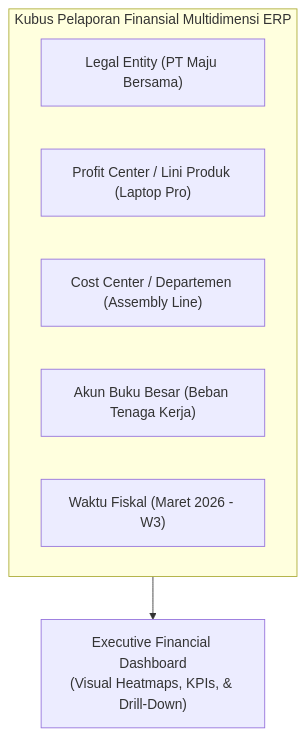
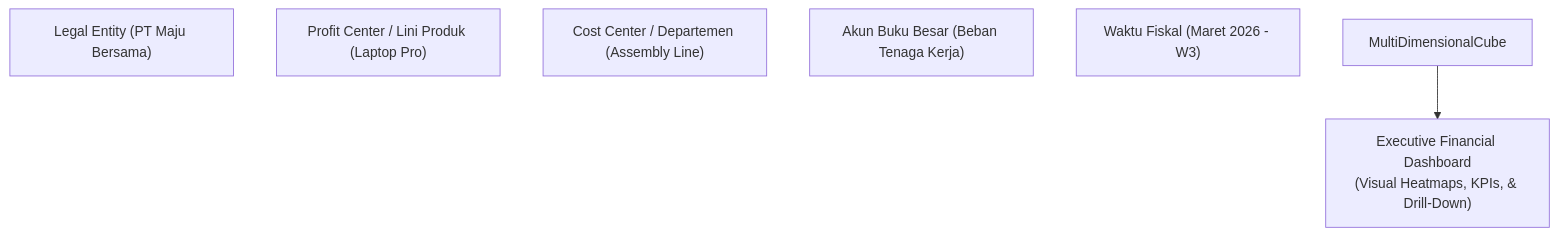
Before and after one commit to alimurrofid/erp-notes: the first of 3 diagrams in content/07-finance/financial-reporting.md, drawn with Mermaid. The commit also changed 58 other files, not shown here.

Commit message:
fix(content):Mermaid Subgraph

````diff
--- a/content/07-finance/financial-reporting.md
+++ b/content/07-finance/financial-reporting.md
@@ -18,11 +18,9 @@
 ```mermaid
 flowchart TD
-    subgraph MultiDimensionalCube["Kubus Pelaporan Finansial Multidimensi ERP"]
         Dim1["Legal Entity (PT Maju Bersama)"]
         Dim2["Profit Center / Lini Produk (Laptop Pro)"]
         Dim3["Cost Center / Departemen (Assembly Line)"]
         Dim4["Akun Buku Besar (Beban Tenaga Kerja)"]
         Dim5["Waktu Fiskal (Maret 2026 - W3)"]
-    end
     MultiDimensionalCube --> Dashboard["Executive Financial Dashboard<br/>(Visual Heatmaps, KPIs, & Drill-Down)"]
 ```
````
